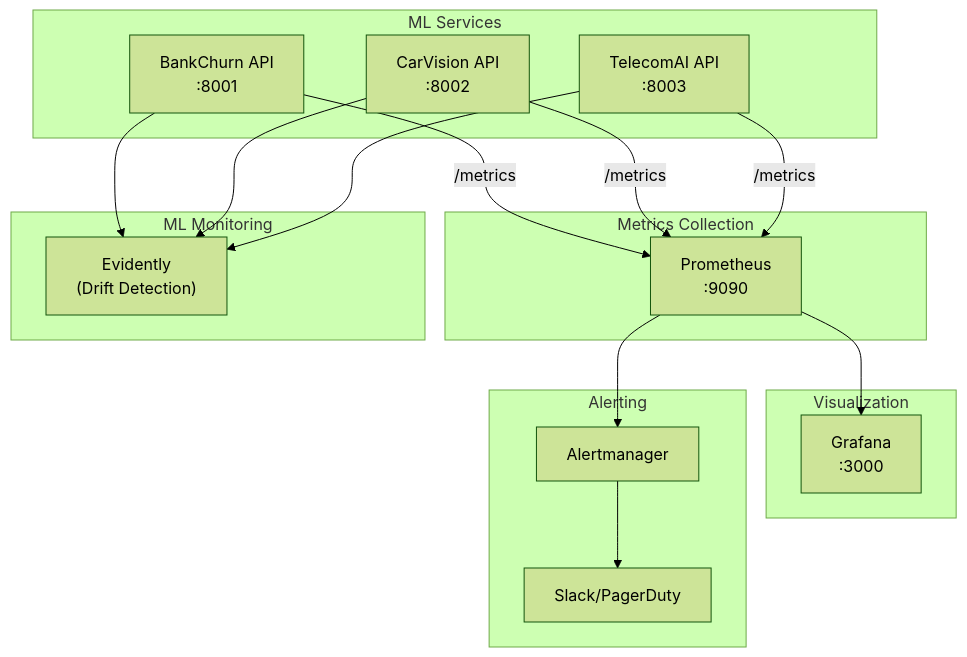
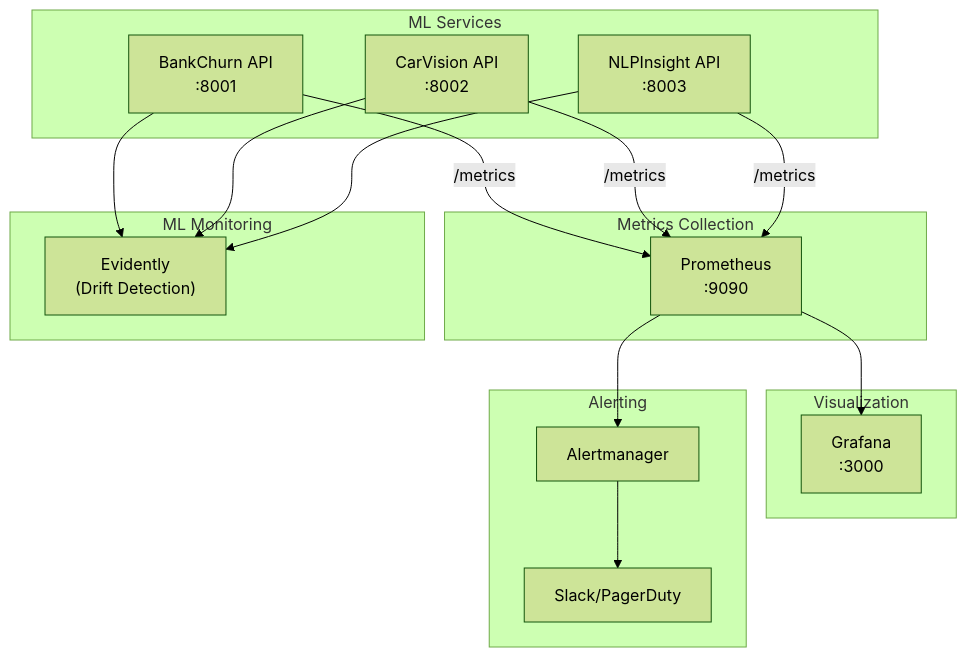
The diagram in docs/operations/monitoring.md (DuqueOM/ML-MLOps-Portfolio), drawn with Mermaid (forest theme) before and after one commit. The commit also changed other lines of this file and 20 other files, not shown here.

First line of the commit message:
docs: rename TelecomAI → NLPInsight across all documentation

````diff
--- a/docs/operations/monitoring.md
+++ b/docs/operations/monitoring.md
@@ -12,35 +12,35 @@
 ```mermaid
 graph TB
     subgraph "ML Services"
         BC["BankChurn API<br/>:8001"]
         CV["CarVision API<br/>:8002"]
-        TC["TelecomAI API<br/>:8003"]
+        TC["NLPInsight API<br/>:8003"]
     end
     
     subgraph "Metrics Collection"
         PROM["Prometheus<br/>:9090"]
     end
     
     subgraph "Visualization"
         GRAF["Grafana<br/>:3000"]
     end
     
     subgraph "ML Monitoring"
         EVID["Evidently<br/>(Drift Detection)"]
     end
     
     subgraph "Alerting"
         ALERT["Alertmanager"]
         SLACK["Slack/PagerDuty"]
     end
     
     BC --> |"/metrics"| PROM
     CV --> |"/metrics"| PROM
     TC --> |"/metrics"| PROM
     PROM --> GRAF
     PROM --> ALERT
     ALERT --> SLACK
     BC --> EVID
     CV --> EVID
     TC --> EVID
 ```
````
